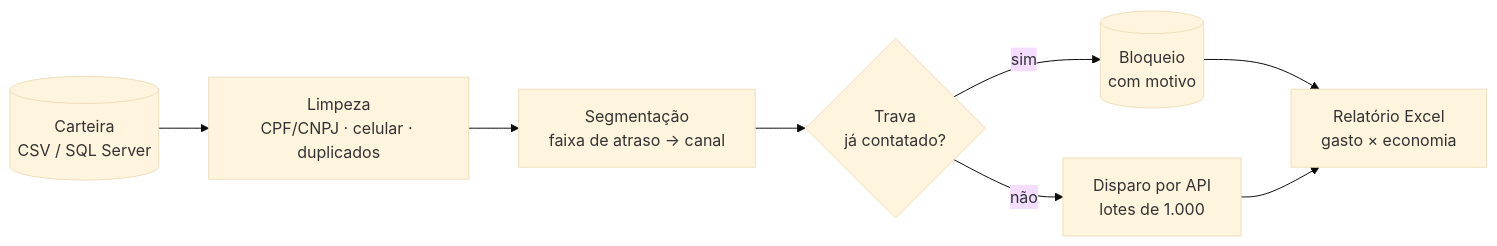
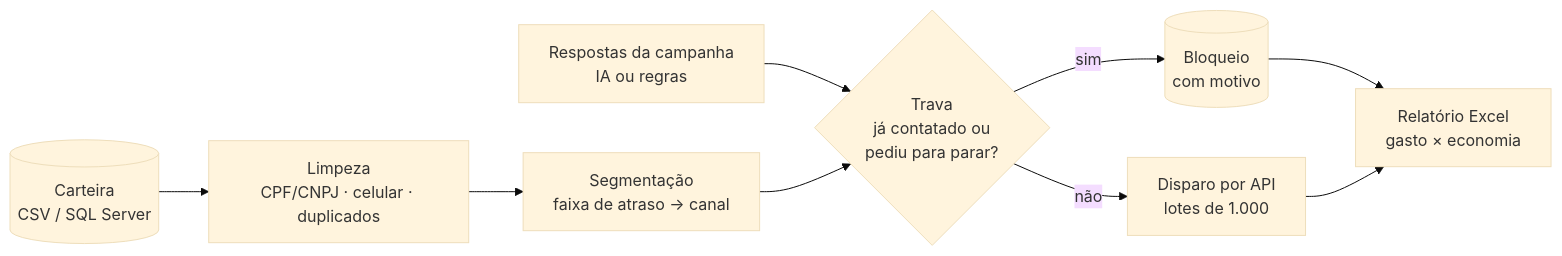
The diagram in README.md (Kauan1005/automacao-cobranca), drawn with Mermaid (base theme) before and after one commit. The commit also changed other lines of this file and 4 other files, not shown here.

````diff
--- a/README.md
+++ b/README.md
@@ -20,10 +20,11 @@
 ```mermaid
 flowchart LR
     A[(Carteira<br/>CSV / SQL Server)] --> B[Limpeza<br/>CPF/CNPJ · celular · duplicados]
     B --> C[Segmentação<br/>faixa de atraso → canal]
-    C --> D{Trava<br/>já contatado?}
+    R[Respostas da campanha<br/>IA ou regras] --> D
+    C --> D{Trava<br/>já contatado ou<br/>pediu para parar?}
     D -- sim --> E[(Bloqueio<br/>com motivo)]
     D -- não --> F[Disparo por API<br/>lotes de 1.000]
     E --> G[Relatório Excel<br/>gasto × economia]
     F --> G
 ```
````
